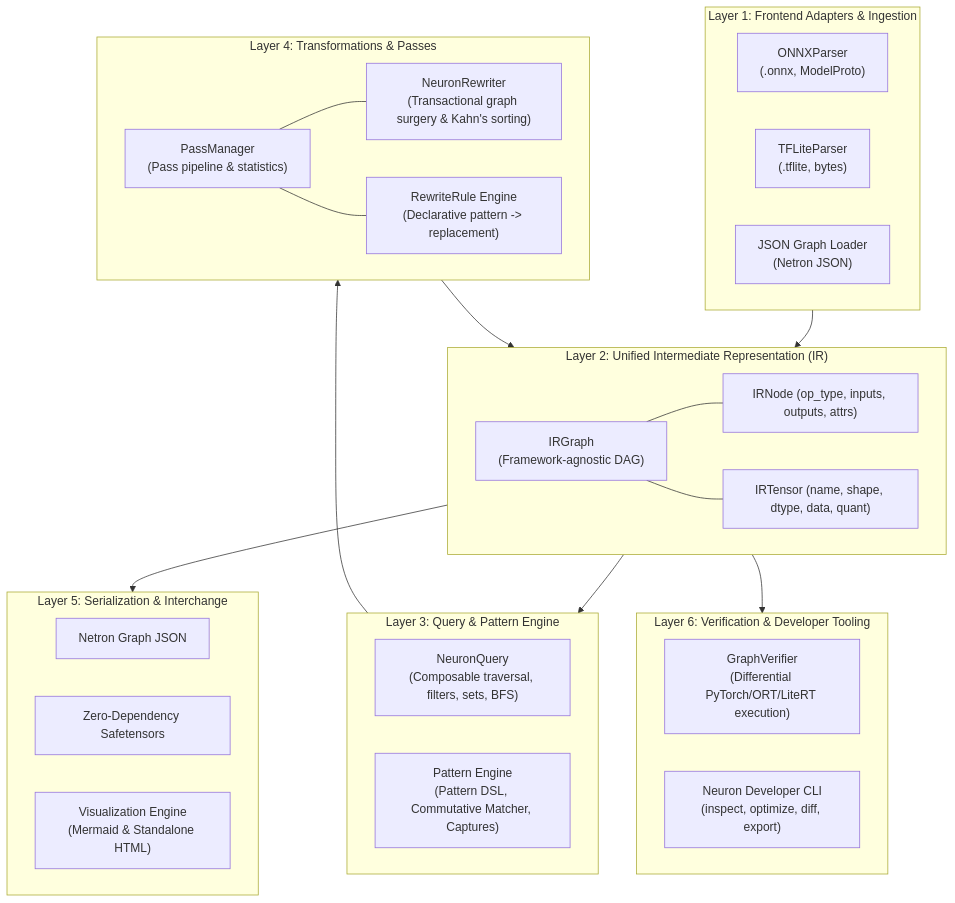
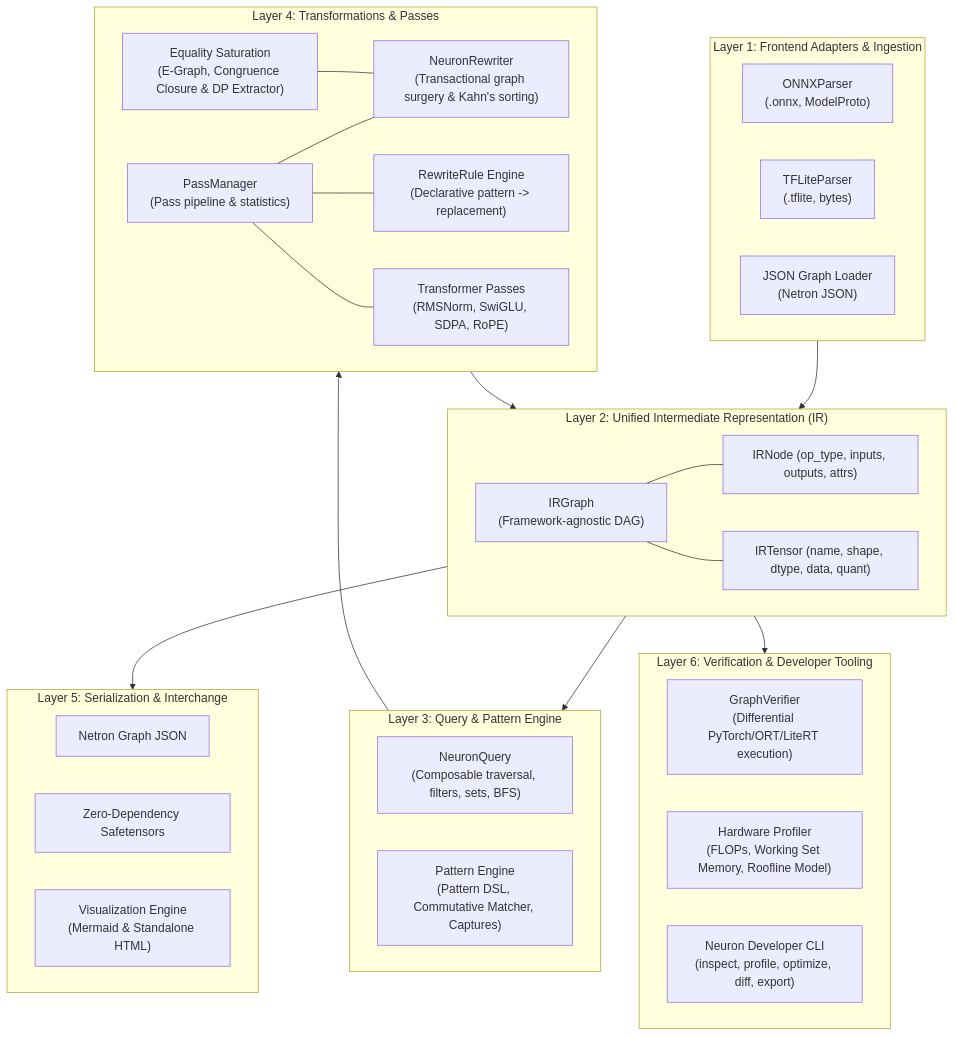
The diagram in docs/architecture.md (computerengineering-tutorial/neuron-toolkit), drawn with Mermaid before and after one commit. The commit also changed other lines of this file and 59 other files, not shown here.

````diff
--- a/docs/architecture.md
+++ b/docs/architecture.md
@@ -11,47 +11,52 @@
 ```mermaid
 flowchart TD
     subgraph Layer1["Layer 1: Frontend Adapters & Ingestion"]
         P_ONNX["ONNXParser\n(.onnx, ModelProto)"]
         P_TFL["TFLiteParser\n(.tflite, bytes)"]
         P_JSON["JSON Graph Loader\n(Netron JSON)"]
     end
 
     subgraph Layer2["Layer 2: Unified Intermediate Representation (IR)"]
         IR["IRGraph\n(Framework-agnostic DAG)"]
         IR_N["IRNode (op_type, inputs, outputs, attrs)"]
         IR_T["IRTensor (name, shape, dtype, data, quant)"]
         IR --- IR_N
         IR --- IR_T
     end
 
     subgraph Layer3["Layer 3: Query & Pattern Engine"]
         Q["NeuronQuery\n(Composable traversal, filters, sets, BFS)"]
         P["Pattern Engine\n(Pattern DSL, Commutative Matcher, Captures)"]
     end
 
     subgraph Layer4["Layer 4: Transformations & Passes"]
         PM["PassManager\n(Pass pipeline & statistics)"]
         RW["NeuronRewriter\n(Transactional graph surgery & Kahn's sorting)"]
         RR["RewriteRule Engine\n(Declarative pattern -> replacement)"]
+        EG["Equality Saturation\n(E-Graph, Congruence Closure & DP Extractor)"]
+        TP["Transformer Passes\n(RMSNorm, SwiGLU, SDPA, RoPE)"]
         PM --- RW
         PM --- RR
+        PM --- TP
+        EG --- RW
     end
 
     subgraph Layer5["Layer 5: Serialization & Interchange"]
         E_JSON["Netron Graph JSON"]
         E_SAFE["Zero-Dependency Safetensors"]
         E_VIZ["Visualization Engine\n(Mermaid & Standalone HTML)"]
     end
 
     subgraph Layer6["Layer 6: Verification & Developer Tooling"]
         VER["GraphVerifier\n(Differential PyTorch/ORT/LiteRT execution)"]
-        CLI["Neuron Developer CLI\n(inspect, optimize, diff, export)"]
+        PROF["Hardware Profiler\n(FLOPs, Working Set Memory, Roofline Model)"]
+        CLI["Neuron Developer CLI\n(inspect, profile, optimize, diff, export)"]
     end
 
     Layer1 --> Layer2
     Layer2 --> Layer3
     Layer3 --> Layer4
     Layer4 --> Layer2
     Layer2 --> Layer5
     Layer2 --> Layer6
 ```
````
